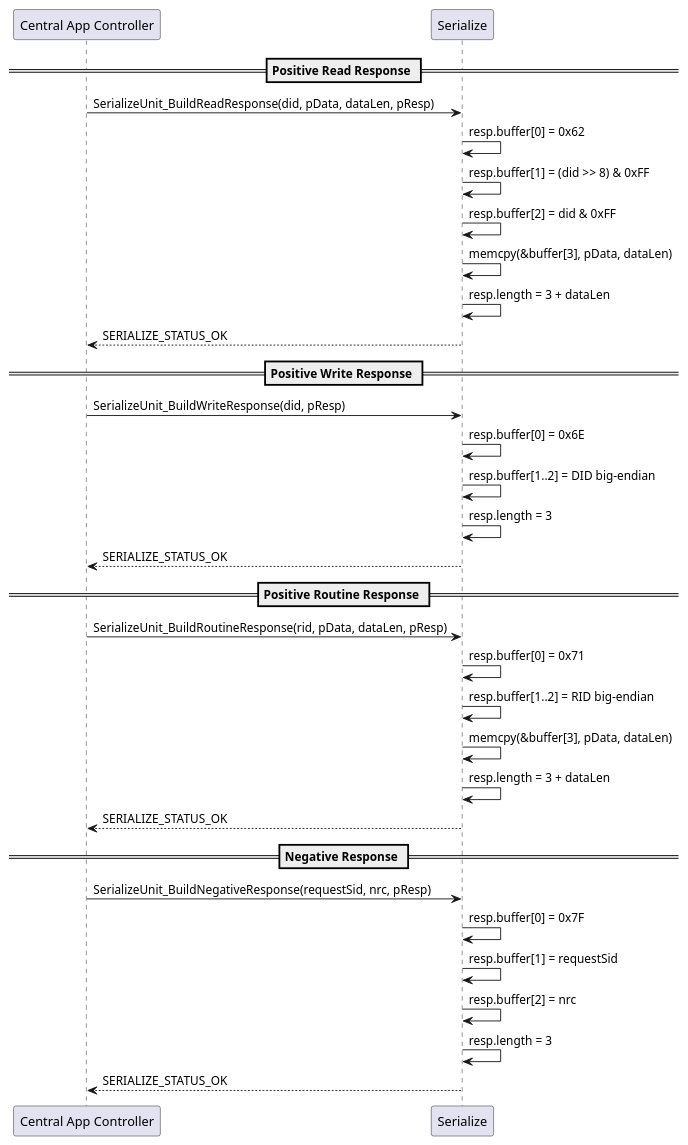
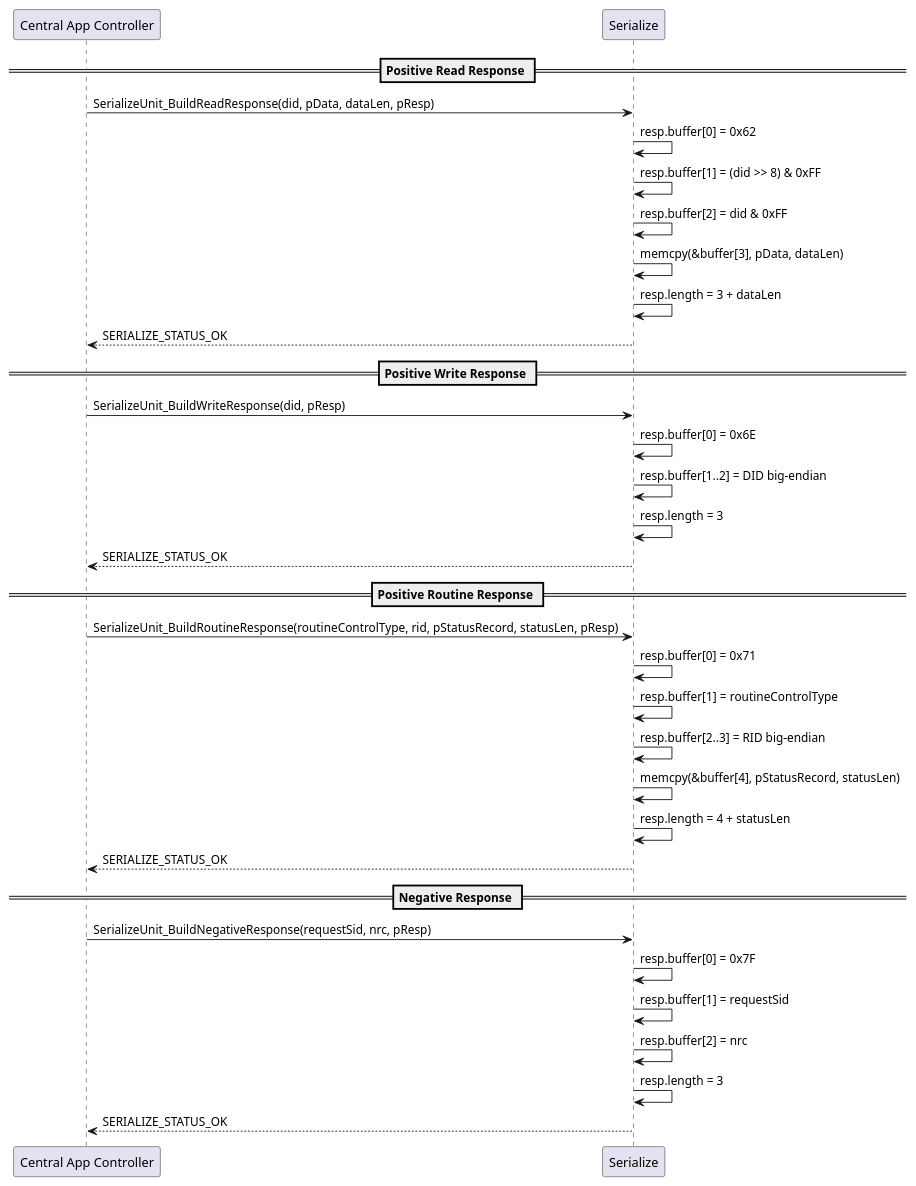
Before and after one commit to LinhTrucVo/Bico_Protocol_Bridge: the diagram in 3_swComp/layer2Service/serialize/2_design/serializeSequenceDiagram.puml, drawn with PlantUML. The commit also changed 18 other files, not shown here.

```diff
--- a/3_swComp/layer2Service/serialize/2_design/serializeSequenceDiagram.puml
+++ b/3_swComp/layer2Service/serialize/2_design/serializeSequenceDiagram.puml
@@ -1,36 +1,37 @@
 @startuml serializeSequenceDiagram
 participant "Central App Controller" as CAC
 participant "Serialize" as ser
 
 == Positive Read Response ==
 CAC -> ser : SerializeUnit_BuildReadResponse(did, pData, dataLen, pResp)
 ser -> ser : resp.buffer[0] = 0x62
 ser -> ser : resp.buffer[1] = (did >> 8) & 0xFF
 ser -> ser : resp.buffer[2] = did & 0xFF
 ser -> ser : memcpy(&buffer[3], pData, dataLen)
 ser -> ser : resp.length = 3 + dataLen
 ser --> CAC : SERIALIZE_STATUS_OK
 
 == Positive Write Response ==
 CAC -> ser : SerializeUnit_BuildWriteResponse(did, pResp)
 ser -> ser : resp.buffer[0] = 0x6E
 ser -> ser : resp.buffer[1..2] = DID big-endian
 ser -> ser : resp.length = 3
 ser --> CAC : SERIALIZE_STATUS_OK
 
 == Positive Routine Response ==
-CAC -> ser : SerializeUnit_BuildRoutineResponse(rid, pData, dataLen, pResp)
+CAC -> ser : SerializeUnit_BuildRoutineResponse(routineControlType, rid, pStatusRecord, statusLen, pResp)
 ser -> ser : resp.buffer[0] = 0x71
-ser -> ser : resp.buffer[1..2] = RID big-endian
-ser -> ser : memcpy(&buffer[3], pData, dataLen)
-ser -> ser : resp.length = 3 + dataLen
+ser -> ser : resp.buffer[1] = routineControlType
+ser -> ser : resp.buffer[2..3] = RID big-endian
+ser -> ser : memcpy(&buffer[4], pStatusRecord, statusLen)
+ser -> ser : resp.length = 4 + statusLen
 ser --> CAC : SERIALIZE_STATUS_OK
 
 == Negative Response ==
 CAC -> ser : SerializeUnit_BuildNegativeResponse(requestSid, nrc, pResp)
 ser -> ser : resp.buffer[0] = 0x7F
 ser -> ser : resp.buffer[1] = requestSid
 ser -> ser : resp.buffer[2] = nrc
 ser -> ser : resp.length = 3
 ser --> CAC : SERIALIZE_STATUS_OK
 @enduml
```
